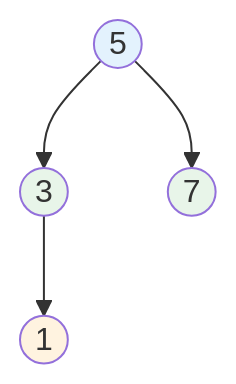
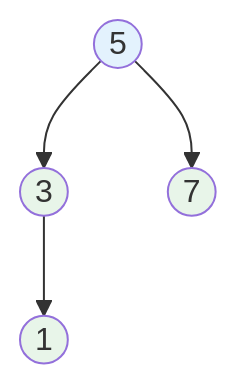
Diagram 24 of 31 in docs/030-数据结构与算法/200-树结构/002-二叉搜索树.md (hemy08/hemynotes), drawn with Mermaid before and after one commit. The commit also changed other lines of this file and 91 other files, not shown here.

````diff
--- a/docs/030-数据结构与算法/200-树结构/002-二叉搜索树.md
+++ b/docs/030-数据结构与算法/200-树结构/002-二叉搜索树.md
@@ -546,11 +536,11 @@
 ```mermaid
 graph TB
-    A((5)) --> B((3))
-    A --> C((7))
-    B --> D((1))
+    5((5)) --> 3((3))
+    5 --> 7((7))
+    3 --> 1((1))
     
-    style A fill:#E3F2FD
-    style B fill:#E8F5E9
-    style C fill:#E8F5E9
-    style D fill:#FFF3E0
+    style 5 fill:#E3F2FD
+    style 3 fill:#E8F5E9
+    style 7 fill:#E8F5E9
+    style 1 fill:#E8F5E9
 ```
````
